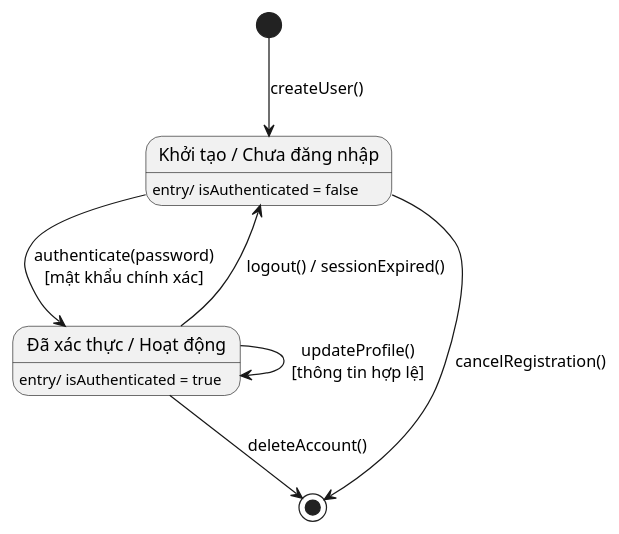
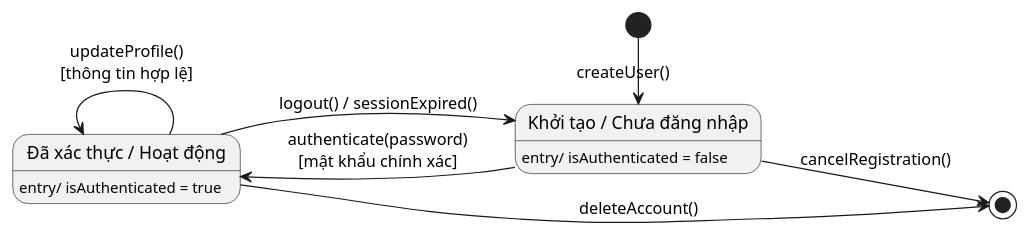
Before and after one commit to QuangLy1250080112/PlantUML_Mohinhhoa: the diagram in state.puml, drawn with PlantUML. The commit also changed 3 other files, not shown here.

Commit message:
Khoi tao 5 so do UML bang ma PlantUML ver 1.1

```diff
--- a/state.puml
+++ b/state.puml
@@ -1,17 +1,25 @@
 @startuml name "Hệ thống Triển lãm Trực tuyến Tương tác" title "State Diagram - Hệ thống Triển lãm Trực tuyến Tương tác"
-[*] --> State1 : createUser()
+left to right direction
+skinparam sqlite true
+skinparam style strictuml
 
 state "Khởi tạo / Chưa đăng nhập" as State1 {
   State1 : entry/ isAuthenticated = false
 }
 
 state "Đã xác thực / Hoạt động" as State2 {
   State2 : entry/ isAuthenticated = true
 }
 
-State1 --> State2 : authenticate(password)\n[mật khẩu chính xác]
-State2 --> State2 : updateProfile()\n[thông tin hợp lệ]
-State2 --> State1 : logout() / sessionExpired()
-State2 --> [*] : deleteAccount()
-State1 --> [*] : cancelRegistration()
+[*] -right-> State1 : createUser()
+
+State1 -right-> State2 : authenticate(password)\n[mật khẩu chính xác]
+
+State2 -up-> State2 : updateProfile()\n[thông tin hợp lệ]
+
+State2 -down-> State1 : logout() / sessionExpired()
+
+State2 -right-> [*] : deleteAccount()
+
+State1 -down-> [*] : cancelRegistration()
 @endl
```
